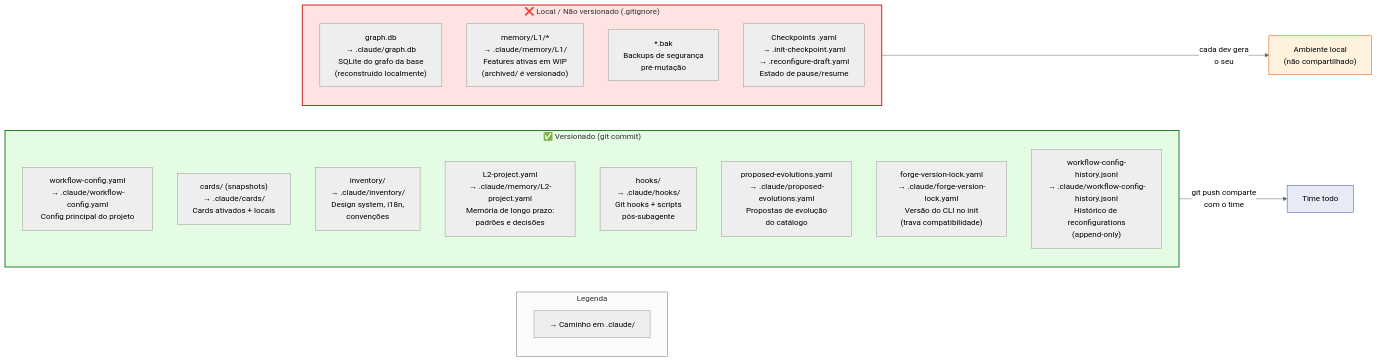
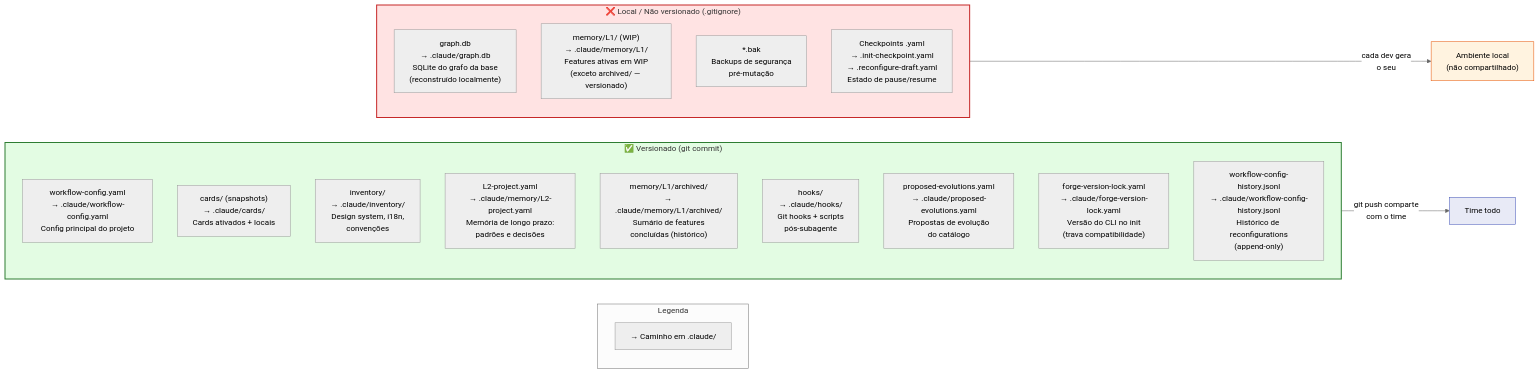
Before and after one commit to thgMatajs/feature-forge: the diagram in docs/diagrams/files-versioned-vs-local.mermaid, drawn with Mermaid (neutral theme). The commit also changed 2 other files, not shown here.

Commit message:
docs(diagrams): corrigir counts e mapping comandos->fases (PR #14 C-002/C-003/H-002/M-004)
- command-decision-tree: 14 -> 16 doctor categorias; 20 -> '3 built-in
  + N de cards; 21 no diretorio' validators
- feature-lifecycle: Fase 6 = forge verify (era doctor); forge undo
  movido pra subgraph TRANSVERSAL (comandos cross-fase)
- files-versioned-vs-local: L1/archived isolado como no VERSIONADO,
  L1 (WIP) como no LOCAL (resolve ambiguidade visual)

```diff
--- a/docs/diagrams/files-versioned-vs-local.mermaid
+++ b/docs/diagrams/files-versioned-vs-local.mermaid
@@ -1,32 +1,33 @@
 flowchart LR
     subgraph LEGACY["Legenda"]
         L_DIR["→ Caminho em .claude/"]
     end
 
     subgraph VERSIONADO["✅ Versionado (git commit)"]
         direction TB
         V1["workflow-config.yaml<br/>→ .claude/workflow-config.yaml<br/>Config principal do projeto"]
         V2["cards/ (snapshots)<br/>→ .claude/cards/<br/>Cards ativados + locais"]
         V3["inventory/<br/>→ .claude/inventory/<br/>Design system, i18n,<br/>convenções"]
         V4["L2-project.yaml<br/>→ .claude/memory/L2-project.yaml<br/>Memória de longo prazo:<br/>padrões e decisões"]
-        V5["hooks/<br/>→ .claude/hooks/<br/>Git hooks + scripts<br/>pós-subagente"]
-        V6["proposed-evolutions.yaml<br/>→ .claude/proposed-evolutions.yaml<br/>Propostas de evolução<br/>do catálogo"]
-        V7["forge-version-lock.yaml<br/>→ .claude/forge-version-lock.yaml<br/>Versão do CLI no init<br/>(trava compatibilidade)"]
-        V8["workflow-config-history.jsonl<br/>→ .claude/workflow-config-history.jsonl<br/>Histórico de reconfigurations<br/>(append-only)"]
+        V5["memory/L1/archived/<br/>→ .claude/memory/L1/archived/<br/>Sumário de features<br/>concluídas (histórico)"]
+        V6["hooks/<br/>→ .claude/hooks/<br/>Git hooks + scripts<br/>pós-subagente"]
+        V7["proposed-evolutions.yaml<br/>→ .claude/proposed-evolutions.yaml<br/>Propostas de evolução<br/>do catálogo"]
+        V8["forge-version-lock.yaml<br/>→ .claude/forge-version-lock.yaml<br/>Versão do CLI no init<br/>(trava compatibilidade)"]
+        V9["workflow-config-history.jsonl<br/>→ .claude/workflow-config-history.jsonl<br/>Histórico de reconfigurations<br/>(append-only)"]
     end
 
     subgraph LOCAL["❌ Local / Não versionado (.gitignore)"]
         direction TB
         L1["graph.db<br/>→ .claude/graph.db<br/>SQLite do grafo da base<br/>(reconstruído localmente)"]
-        L2["memory/L1/*<br/>→ .claude/memory/L1/<br/>Features ativas em WIP<br/>(archived/ é versionado)"]
+        L2["memory/L1/ (WIP)<br/>→ .claude/memory/L1/<br/>Features ativas em WIP<br/>(exceto archived/ — versionado)"]
         L3["*.bak<br/>Backups de segurança<br/>pré-mutação"]
         L4["Checkpoints .yaml<br/>→ .init-checkpoint.yaml<br/>→ .reconfigure-draft.yaml<br/>Estado de pause/resume"]
     end
 
     VERSIONADO -->|"git push comparte<br/>com o time"| TIME["Time todo"]
     LOCAL -->|"cada dev gera<br/>o seu"| LOCAL_DEV["Ambiente local<br/>(não compartilhado)"]
 
     style VERSIONADO fill:#e3fce3,stroke:#2e7d32,stroke-width:2px
     style LOCAL fill:#ffe3e3,stroke:#c62828,stroke-width:2px
     style TIME fill:#e8eaf6,stroke:#3f51b5
     style LOCAL_DEV fill:#fff3e0,stroke:#e65100
```
